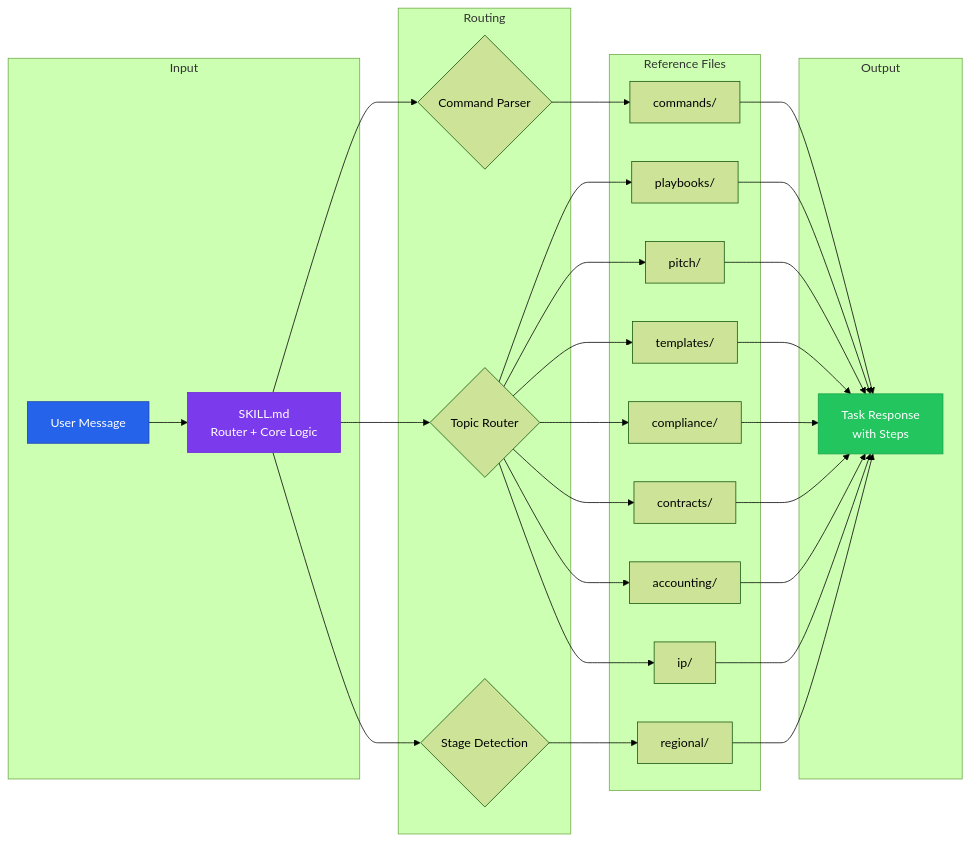
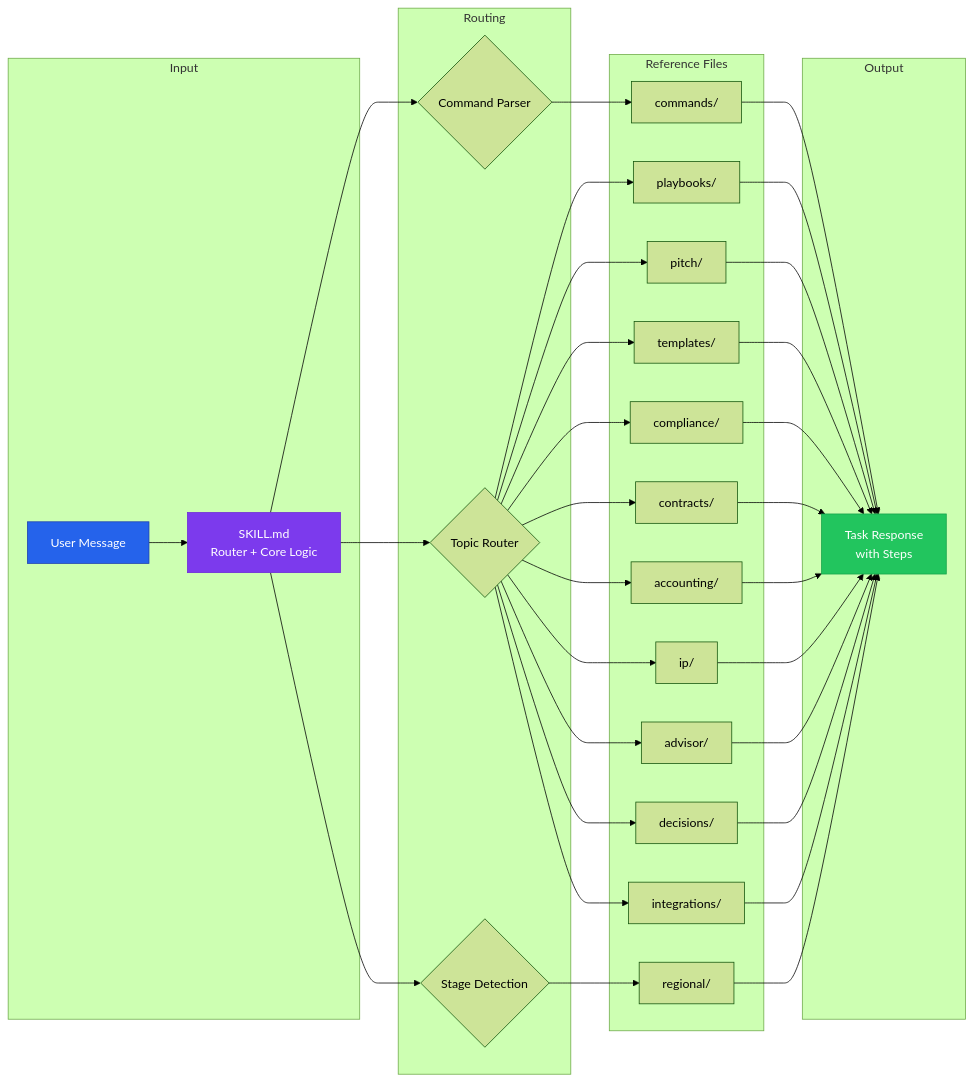
Before and after one commit to dougdevitre/access-to-business: the first of 5 diagrams in docs/architecture.md, drawn with Mermaid (forest theme). The commit also changed 5 other files, not shown here.

````diff
--- a/docs/architecture.md
+++ b/docs/architecture.md
@@ -5,40 +5,46 @@
 ```mermaid
 graph LR
     subgraph Input
         USER[User Message] --> SKILL[SKILL.md\nRouter + Core Logic]
     end
 
     subgraph Routing
         SKILL --> STAGE{Stage Detection}
         SKILL --> CMD{Command Parser}
         SKILL --> TOPIC{Topic Router}
     end
 
     subgraph Reference Files
         CMD --> COMMANDS[commands/]
         TOPIC --> PLAYBOOKS[playbooks/]
         TOPIC --> PITCH[pitch/]
         TOPIC --> TEMPLATES[templates/]
         TOPIC --> COMPLIANCE[compliance/]
         TOPIC --> CONTRACTS[contracts/]
         TOPIC --> ACCOUNTING[accounting/]
         TOPIC --> IP[ip/]
+        TOPIC --> ADVISOR[advisor/]
+        TOPIC --> DECISIONS[decisions/]
+        TOPIC --> INTEGRATIONS[integrations/]
         STAGE --> REGIONAL[regional/]
     end
 
     subgraph Output
         COMMANDS --> RESPONSE[Task Response\nwith Steps]
         PLAYBOOKS --> RESPONSE
         PITCH --> RESPONSE
         TEMPLATES --> RESPONSE
         COMPLIANCE --> RESPONSE
         CONTRACTS --> RESPONSE
         ACCOUNTING --> RESPONSE
         IP --> RESPONSE
+        ADVISOR --> RESPONSE
+        DECISIONS --> RESPONSE
+        INTEGRATIONS --> RESPONSE
         REGIONAL --> RESPONSE
     end
 
     style USER fill:#2563eb,stroke:#1e40af,color:#fff
     style SKILL fill:#7c3aed,stroke:#6d28d9,color:#fff
     style RESPONSE fill:#22c55e,stroke:#16a34a,color:#fff
 ```
````
